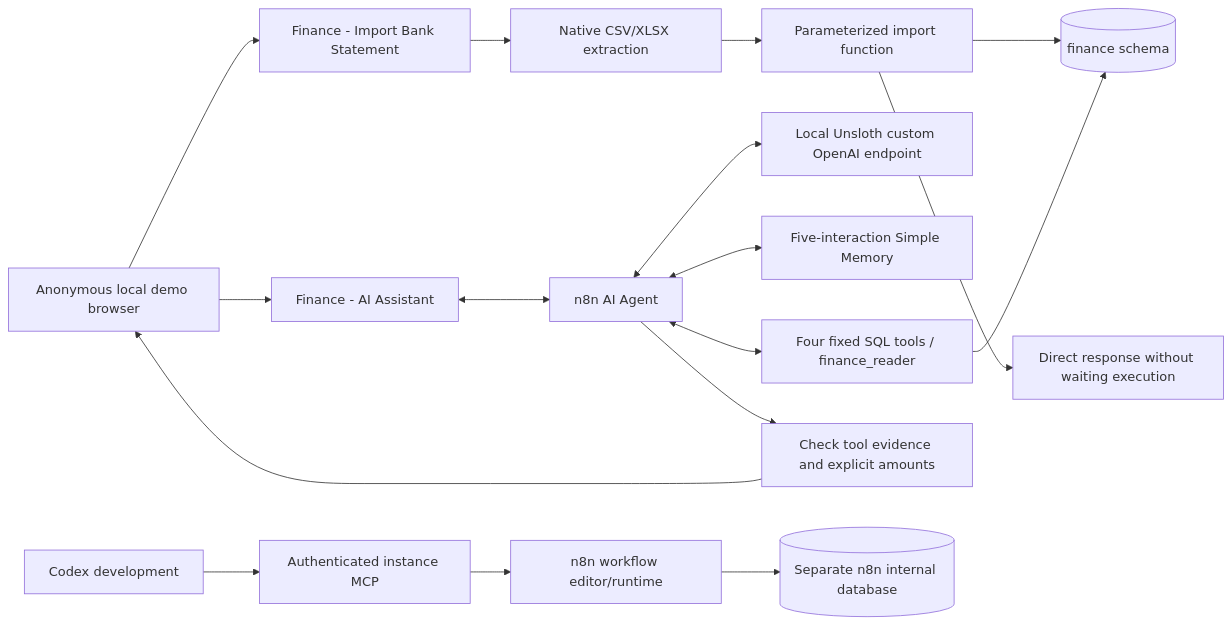
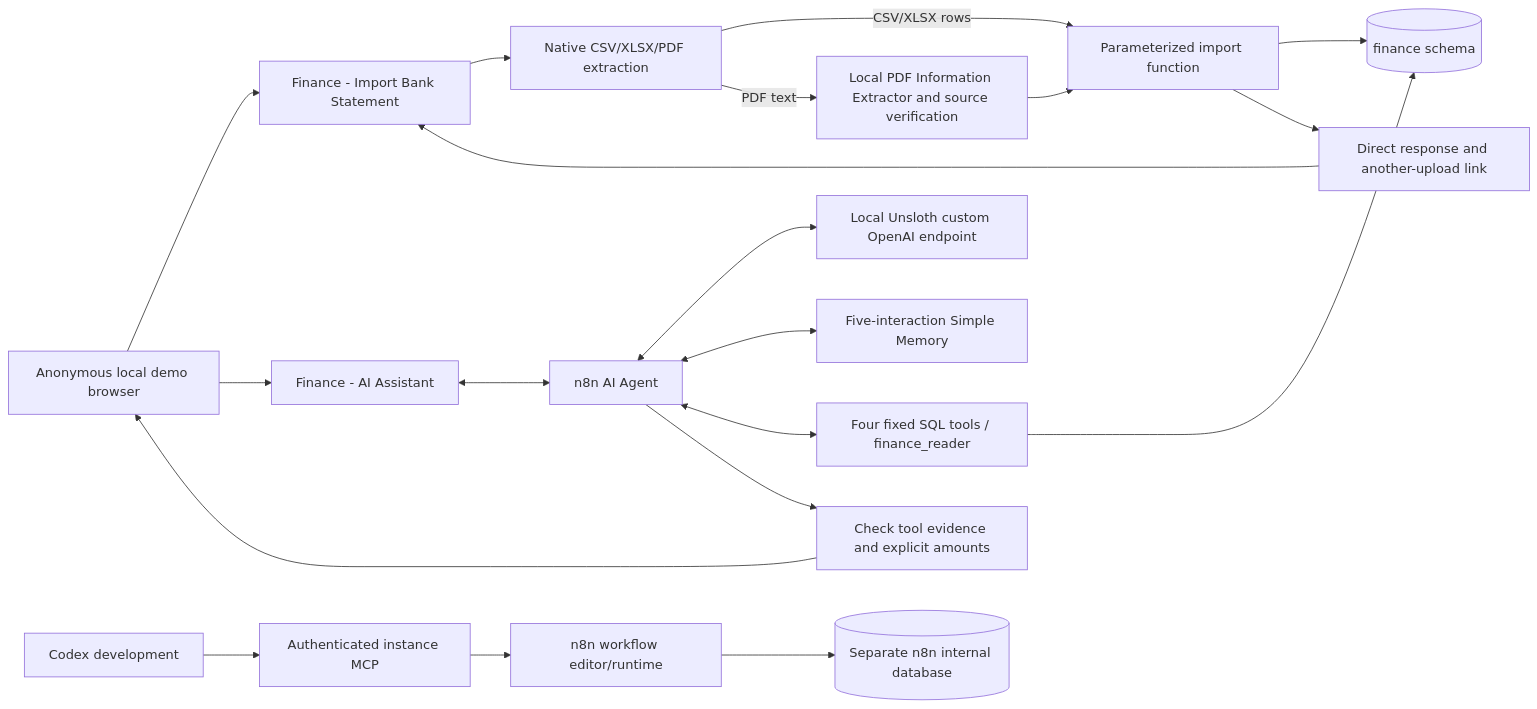
Before and after one commit to HajekMartin/agents-course-laba: the diagram in 02/docs/architecture.md, drawn with Mermaid. The commit also changed other lines of this file and 12 other files, not shown here.

````diff
--- a/02/docs/architecture.md
+++ b/02/docs/architecture.md
@@ -6,19 +6,22 @@
 ```mermaid
 flowchart LR
   Browser[Anonymous local demo browser] --> Import[Finance - Import Bank Statement]
-  Import --> Extract[Native CSV/XLSX extraction]
-  Extract --> Writer[Parameterized import function]
+  Import --> Extract[Native CSV/XLSX/PDF extraction]
+  Extract -->|CSV/XLSX rows| Writer[Parameterized import function]
+  Extract -->|PDF text| PDF[Local PDF Information Extractor and source verification]
+  PDF --> Writer
   Writer --> Finance[(finance schema)]
-  Writer --> Summary[Direct response without waiting execution]
+  Writer --> Summary[Direct response and another-upload link]
+  Summary --> Import
   Browser --> Chat[Finance - AI Assistant]
   Chat <--> Agent[n8n AI Agent]
   Agent <--> Model[Local Unsloth custom OpenAI endpoint]
   Agent <--> Memory[Five-interaction Simple Memory]
   Agent <--> Tools[Four fixed SQL tools / finance_reader]
   Tools --> Finance
   Agent --> Guard[Check tool evidence and explicit amounts]
   Guard --> Browser
   Codex[Codex development] --> MCP[Authenticated instance MCP]
   MCP --> Editor[n8n workflow editor/runtime]
   Editor --> Internal[(Separate n8n internal database)]
 ```
````
